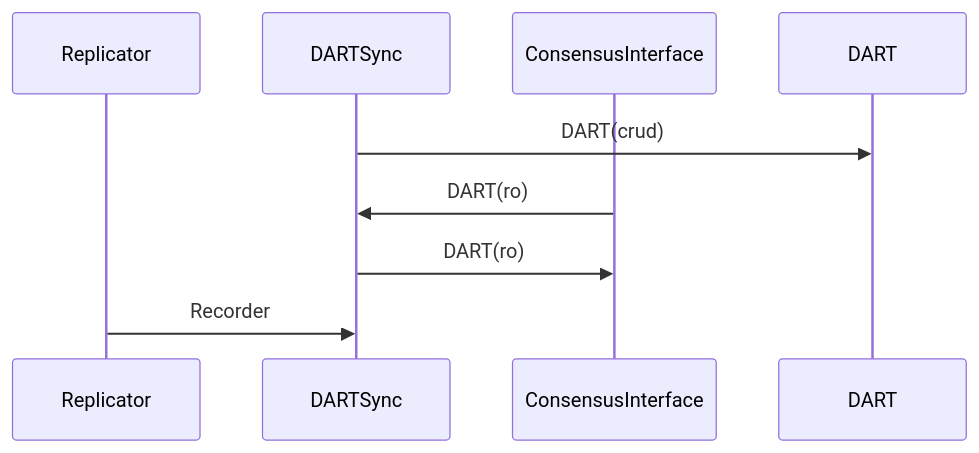
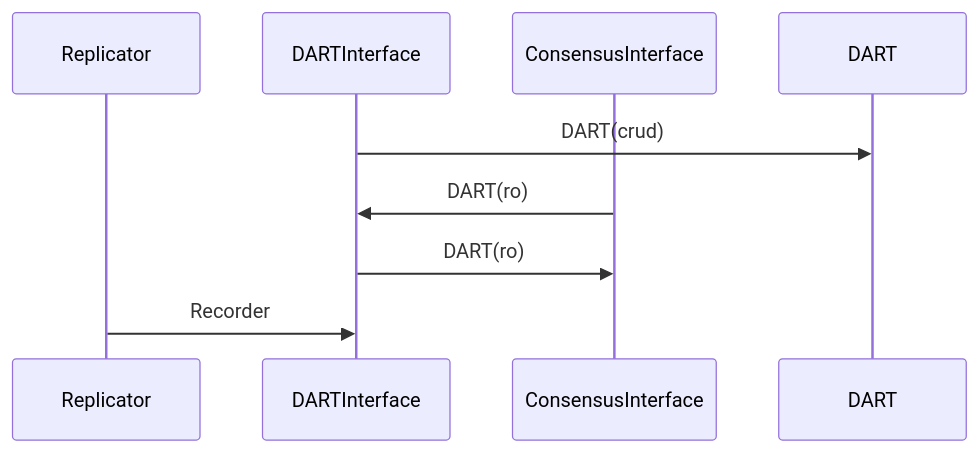
Before and after one commit to tagion/tagion: the diagram in documents/architecture/ConsensusInterface.md, drawn with Mermaid. The commit also changed 8 other files, not shown here.

Commit message:
DOC: DARTSync renamed to DARTInterface

````diff
--- a/documents/architecture/ConsensusInterface.md
+++ b/documents/architecture/ConsensusInterface.md
@@ -11,10 +11,10 @@
 ```mermaid
 sequenceDiagram
     participant Replicator 
-    participant DARTSync 
+    participant DARTInterface 
     participant ConsensusInterface 
-    DARTSync ->> DART: DART(crud)
-    ConsensusInterface ->> DARTSync: DART(ro)
-    DARTSync ->> ConsensusInterface: DART(ro)
-    Replicator ->> DARTSync: Recorder
+    DARTInterface ->> DART: DART(crud)
+    ConsensusInterface ->> DARTInterface: DART(ro)
+    DARTInterface ->> ConsensusInterface: DART(ro)
+    Replicator ->> DARTInterface: Recorder
 ```
````
